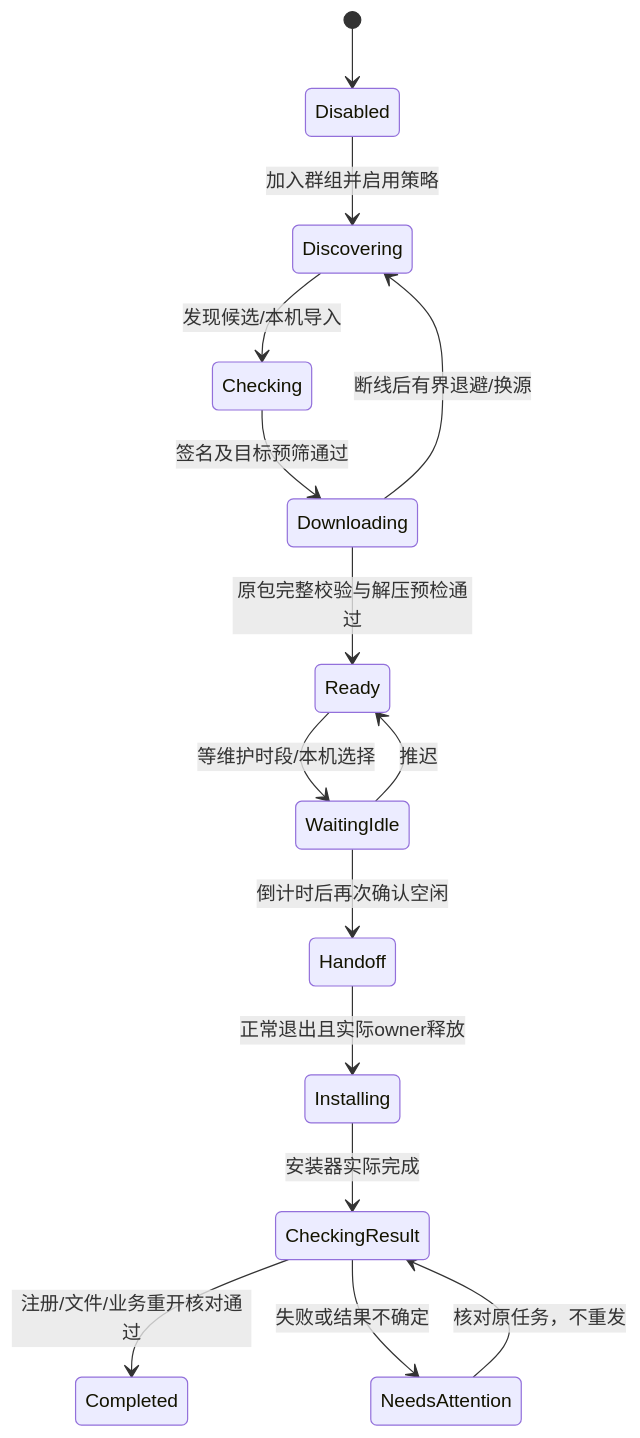
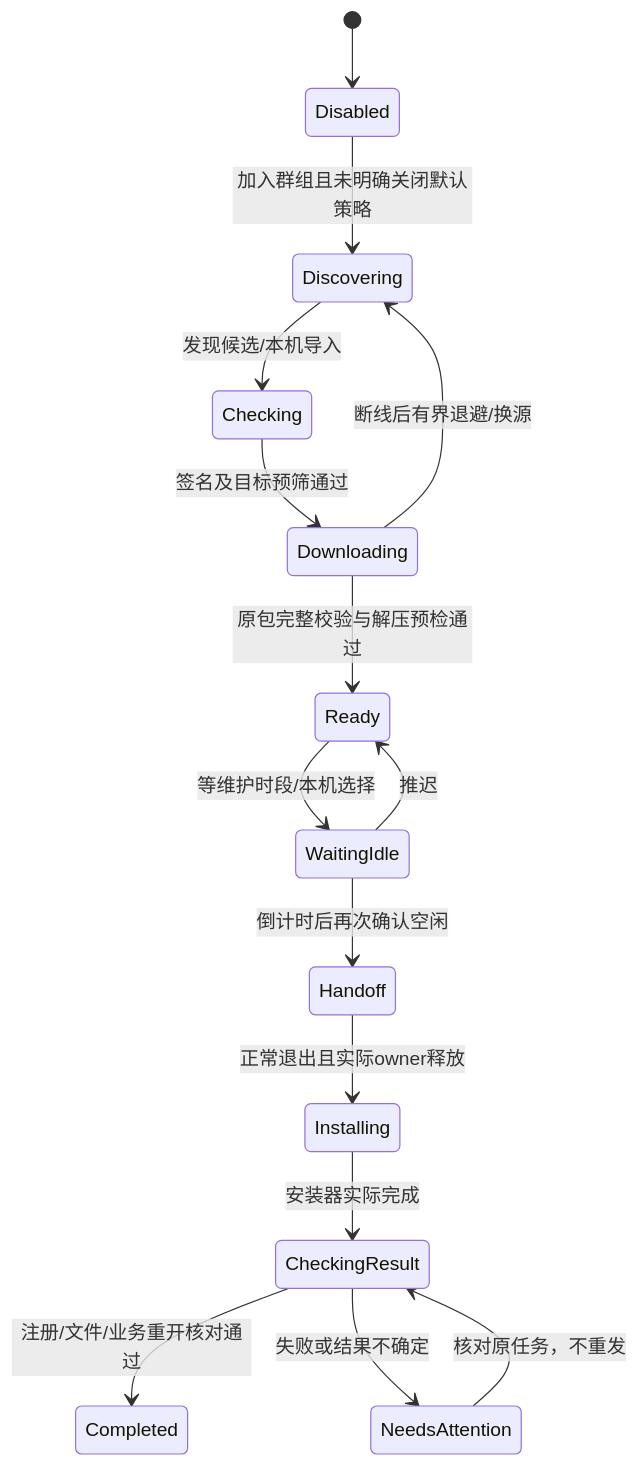
The second of 2 diagrams in 开发计划/30-校内协同更新与安全分发方案.md (NevermoreN/future-classroom), drawn with Mermaid before and after one commit. The commit also changed other lines of this file and 20 other files, not shown here.

````diff
--- a/开发计划/30-校内协同更新与安全分发方案.md
+++ b/开发计划/30-校内协同更新与安全分发方案.md
@@ -118,17 +124,17 @@
 ```mermaid
 stateDiagram-v2
     [*] --> Disabled
-    Disabled --> Discovering: 加入群组并启用策略
+    Disabled --> Discovering: 加入群组且未明确关闭默认策略
     Discovering --> Checking: 发现候选/本机导入
     Checking --> Downloading: 签名及目标预筛通过
     Downloading --> Ready: 原包完整校验与解压预检通过
     Ready --> WaitingIdle: 等维护时段/本机选择
     WaitingIdle --> Handoff: 倒计时后再次确认空闲
     Handoff --> Installing: 正常退出且实际owner释放
     Installing --> CheckingResult: 安装器实际完成
     CheckingResult --> Completed: 注册/文件/业务重开核对通过
     CheckingResult --> NeedsAttention: 失败或结果不确定
     Downloading --> Discovering: 断线后有界退避/换源
     WaitingIdle --> Ready: 推迟
     NeedsAttention --> CheckingResult: 核对原任务，不重发
 ```
````
